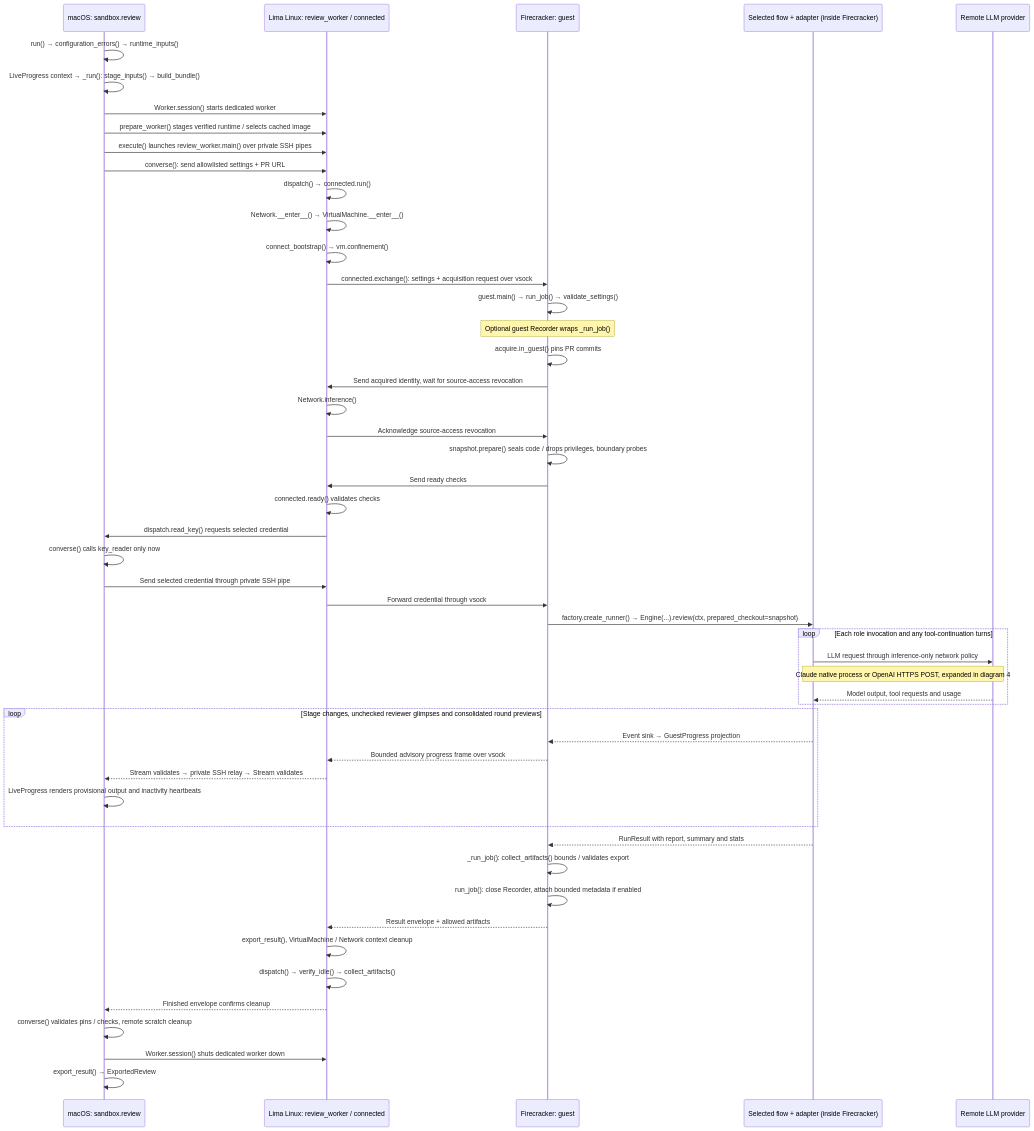
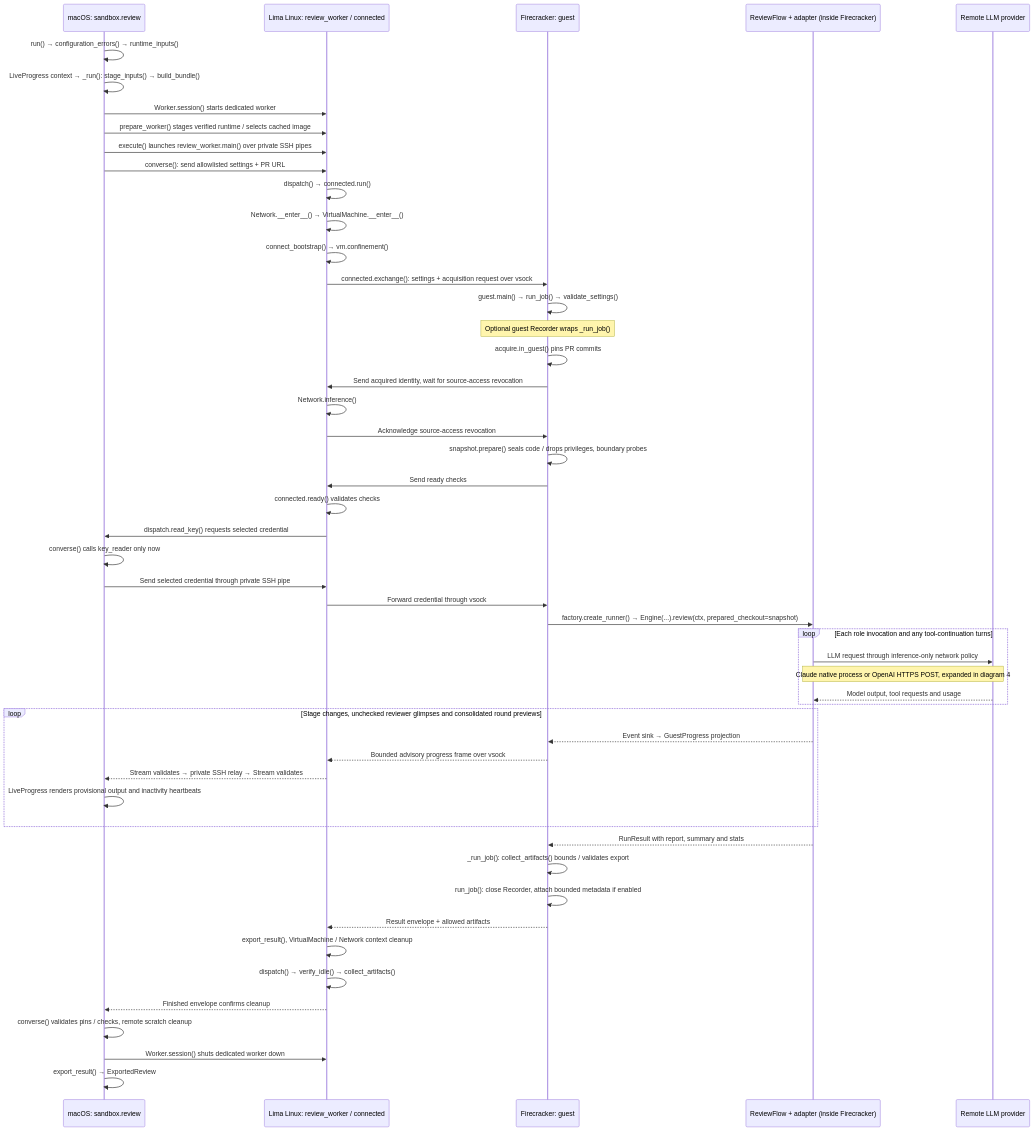
The second of 6 diagrams in docs/project-explainer.md (sskelkar/code-reviewer), drawn with Mermaid before and after one commit. The commit also changed other lines of this file and 138 other files, not shown here.

````diff
--- a/docs/project-explainer.md
+++ b/docs/project-explainer.md
@@ -52,53 +52,53 @@
 ```mermaid
 sequenceDiagram
     participant CLI as macOS: sandbox.review
     participant Worker as Lima Linux: review_worker / connected
     participant VM as Firecracker: guest
-    participant Core as Selected flow + adapter (inside Firecracker)
+    participant Core as ReviewFlow + adapter (inside Firecracker)
     participant Provider as Remote LLM provider
     CLI->>CLI: run() → configuration_errors() → runtime_inputs()
     CLI->>CLI: LiveProgress context → _run(): stage_inputs() → build_bundle()
     CLI->>Worker: Worker.session() starts dedicated worker
     CLI->>Worker: prepare_worker() stages verified runtime / selects cached image
     CLI->>Worker: execute() launches review_worker.main() over private SSH pipes
     CLI->>Worker: converse(): send allowlisted settings + PR URL
     Worker->>Worker: dispatch() → connected.run()
     Worker->>Worker: Network.__enter__() → VirtualMachine.__enter__()
     Worker->>Worker: connect_bootstrap() → vm.confinement()
     Worker->>VM: connected.exchange(): settings + acquisition request over vsock
     VM->>VM: guest.main() → run_job() → validate_settings()
     Note over VM: Optional guest Recorder wraps _run_job()
     VM->>VM: acquire.in_guest() pins PR commits
     VM->>Worker: Send acquired identity, wait for source-access revocation
     Worker->>Worker: Network.inference()
     Worker->>VM: Acknowledge source-access revocation
     VM->>VM: snapshot.prepare() seals code / drops privileges, boundary probes
     VM->>Worker: Send ready checks
     Worker->>Worker: connected.ready() validates checks
     Worker->>CLI: dispatch.read_key() requests selected credential
     CLI->>CLI: converse() calls key_reader only now
     CLI->>Worker: Send selected credential through private SSH pipe
     Worker->>VM: Forward credential through vsock
     VM->>Core: factory.create_runner() → Engine(...).review(ctx, prepared_checkout=snapshot)
     loop Each role invocation and any tool-continuation turns
         Core->>Provider: LLM request through inference-only network policy
         Note over Core,Provider: Claude native process or OpenAI HTTPS POST, expanded in diagram 4
         Provider-->>Core: Model output, tool requests and usage
     end
     loop Stage changes, unchecked reviewer glimpses and consolidated round previews
         Core-->>VM: Event sink → GuestProgress projection
         VM-->>Worker: Bounded advisory progress frame over vsock
         Worker-->>CLI: Stream validates → private SSH relay → Stream validates
         CLI->>CLI: LiveProgress renders provisional output and inactivity heartbeats
     end
     Core-->>VM: RunResult with report, summary and stats
     VM->>VM: _run_job(): collect_artifacts() bounds / validates export
     VM->>VM: run_job(): close Recorder, attach bounded metadata if enabled
     VM-->>Worker: Result envelope + allowed artifacts
     Worker->>Worker: export_result(), VirtualMachine / Network context cleanup
     Worker->>Worker: dispatch() → verify_idle() → collect_artifacts()
     Worker-->>CLI: Finished envelope confirms cleanup
     CLI->>CLI: converse() validates pins / checks, remote scratch cleanup
     CLI->>Worker: Worker.session() shuts dedicated worker down
     CLI->>CLI: export_result() → ExportedReview
 ```
````
